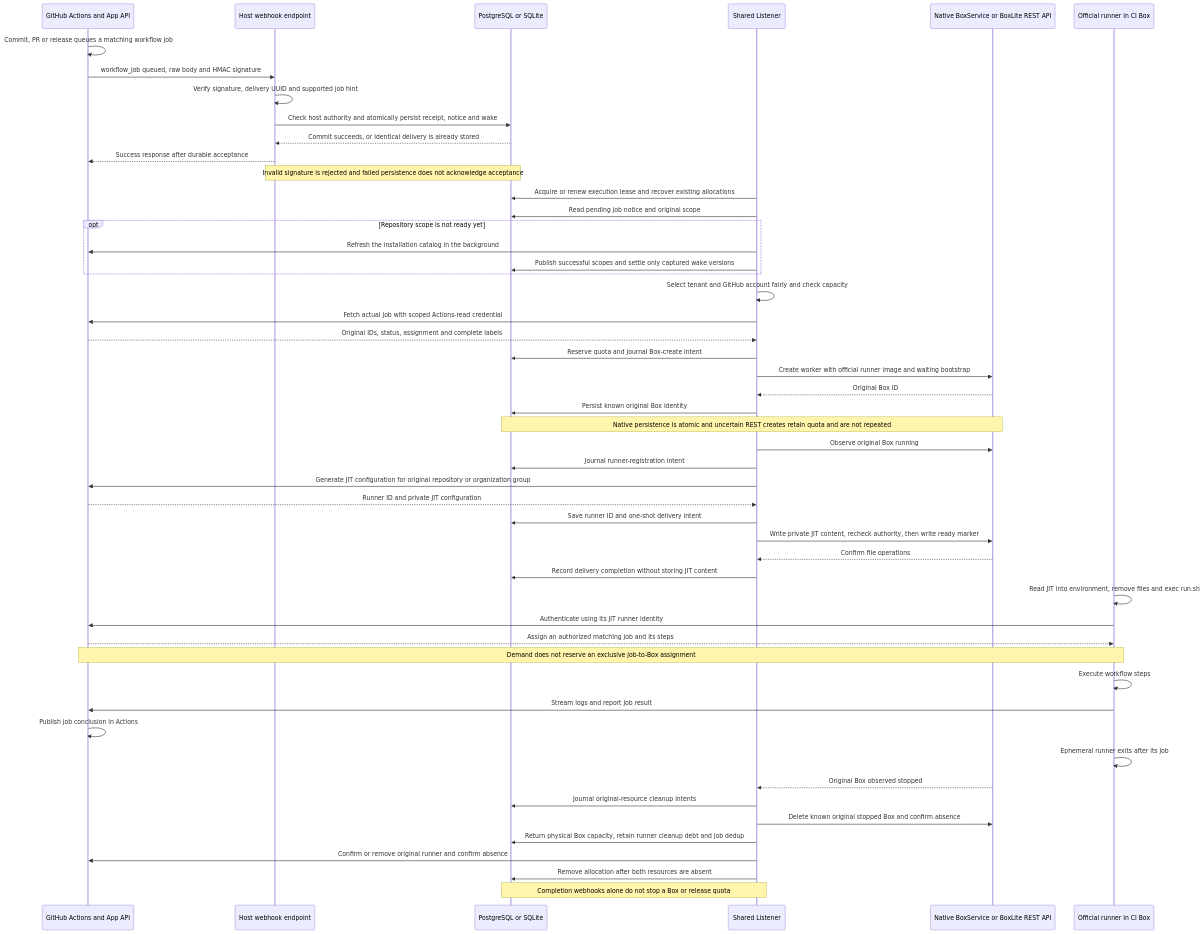
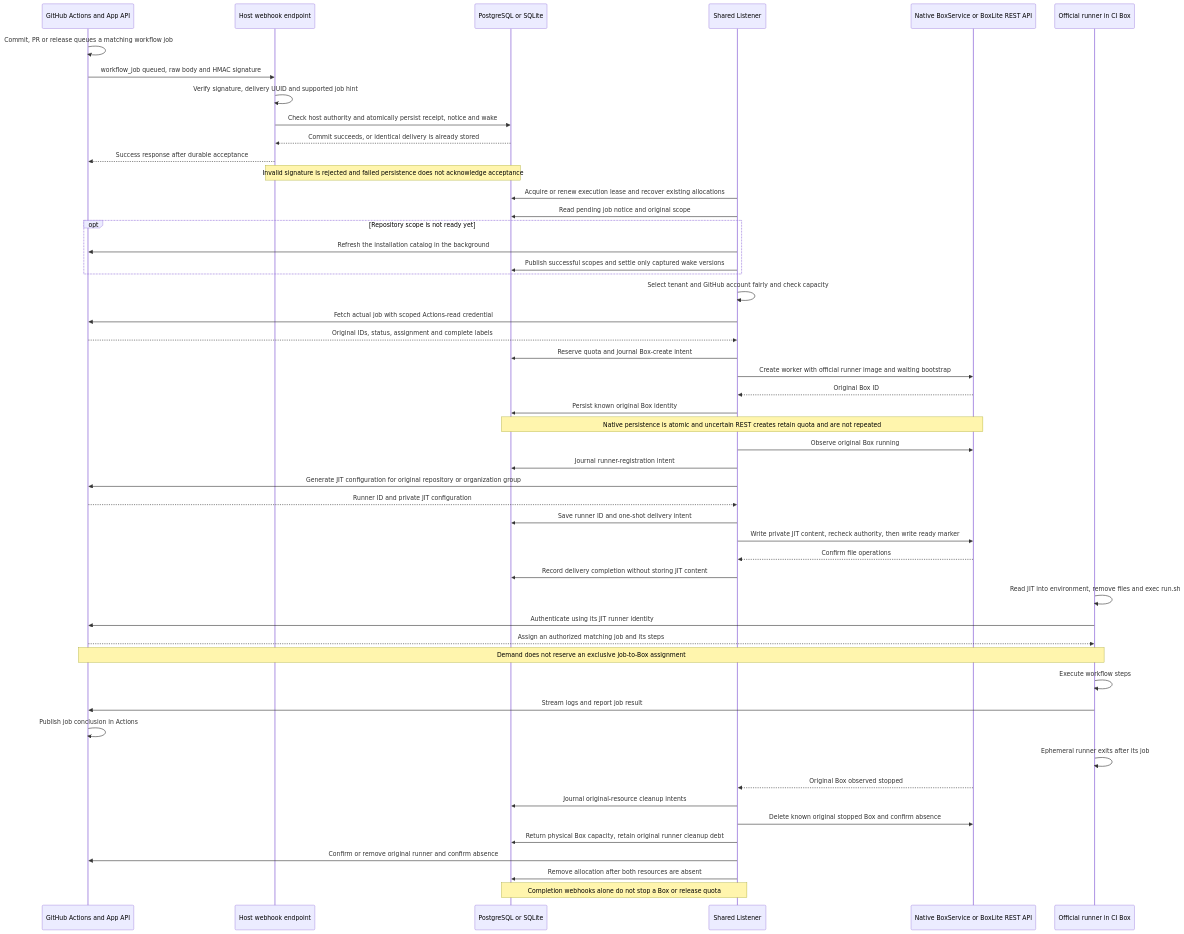
Before and after one commit to boxlite-ai/boxlite: the sixth of 6 diagrams in apps/libs/ci-listener/README.md, drawn with Mermaid. The commit also changed other lines of this file and 22 other files, not shown here.

````diff
--- a/apps/libs/ci-listener/README.md
+++ b/apps/libs/ci-listener/README.md
@@ -716,53 +763,53 @@
 ```mermaid
 sequenceDiagram
   participant GitHub as GitHub Actions and App API
   participant Ingress as Host webhook endpoint
   participant State as PostgreSQL or SQLite
   participant Listener as Shared Listener
   participant Boxes as Native BoxService or BoxLite REST API
   participant Runner as Official runner in CI Box
   GitHub->>GitHub: Commit, PR or release queues a matching workflow job
   GitHub->>Ingress: workflow_job queued, raw body and HMAC signature
   Ingress->>Ingress: Verify signature, delivery UUID and supported job hint
   Ingress->>State: Check host authority and atomically persist receipt, notice and wake
   State-->>Ingress: Commit succeeds, or identical delivery is already stored
   Ingress-->>GitHub: Success response after durable acceptance
   Note over Ingress,State: Invalid signature is rejected and failed persistence does not acknowledge acceptance
   Listener->>State: Acquire or renew execution lease and recover existing allocations
   Listener->>State: Read pending job notice and original scope
   opt Repository scope is not ready yet
     Listener->>GitHub: Refresh the installation catalog in the background
     Listener->>State: Publish successful scopes and settle only captured wake versions
   end
   Listener->>Listener: Select tenant and GitHub account fairly and check capacity
   Listener->>GitHub: Fetch actual job with scoped Actions-read credential
   GitHub-->>Listener: Original IDs, status, assignment and complete labels
   Listener->>State: Reserve quota and journal Box-create intent
   Listener->>Boxes: Create worker with official runner image and waiting bootstrap
   Boxes-->>Listener: Original Box ID
   Listener->>State: Persist known original Box identity
   Note over State,Boxes: Native persistence is atomic and uncertain REST creates retain quota and are not repeated
   Listener->>Boxes: Observe original Box running
   Listener->>State: Journal runner-registration intent
   Listener->>GitHub: Generate JIT configuration for original repository or organization group
   GitHub-->>Listener: Runner ID and private JIT configuration
   Listener->>State: Save runner ID and one-shot delivery intent
   Listener->>Boxes: Write private JIT content, recheck authority, then write ready marker
   Boxes-->>Listener: Confirm file operations
   Listener->>State: Record delivery completion without storing JIT content
   Runner->>Runner: Read JIT into environment, remove files and exec run.sh
   Runner->>GitHub: Authenticate using its JIT runner identity
   GitHub-->>Runner: Assign an authorized matching job and its steps
   Note over GitHub,Runner: Demand does not reserve an exclusive job-to-Box assignment
   Runner->>Runner: Execute workflow steps
   Runner->>GitHub: Stream logs and report job result
   GitHub->>GitHub: Publish job conclusion in Actions
   Runner->>Runner: Ephemeral runner exits after its job
   Boxes-->>Listener: Original Box observed stopped
   Listener->>State: Journal original-resource cleanup intents
   Listener->>Boxes: Delete known original stopped Box and confirm absence
-  Listener->>State: Return physical Box capacity, retain runner cleanup debt and job dedup
+  Listener->>State: Return physical Box capacity, retain original runner cleanup debt
   Listener->>GitHub: Confirm or remove original runner and confirm absence
   Listener->>State: Remove allocation after both resources are absent
   Note over Listener,State: Completion webhooks alone do not stop a Box or release quota
 ```
````
